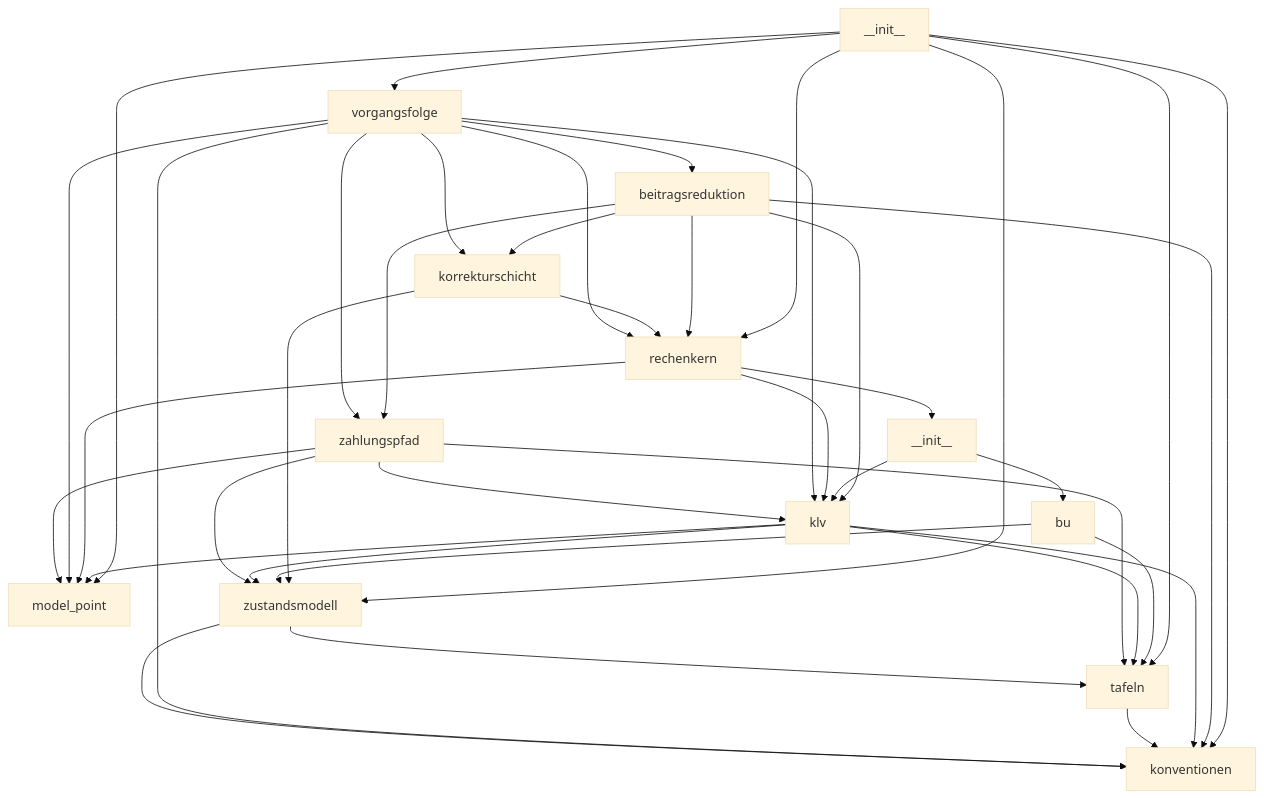
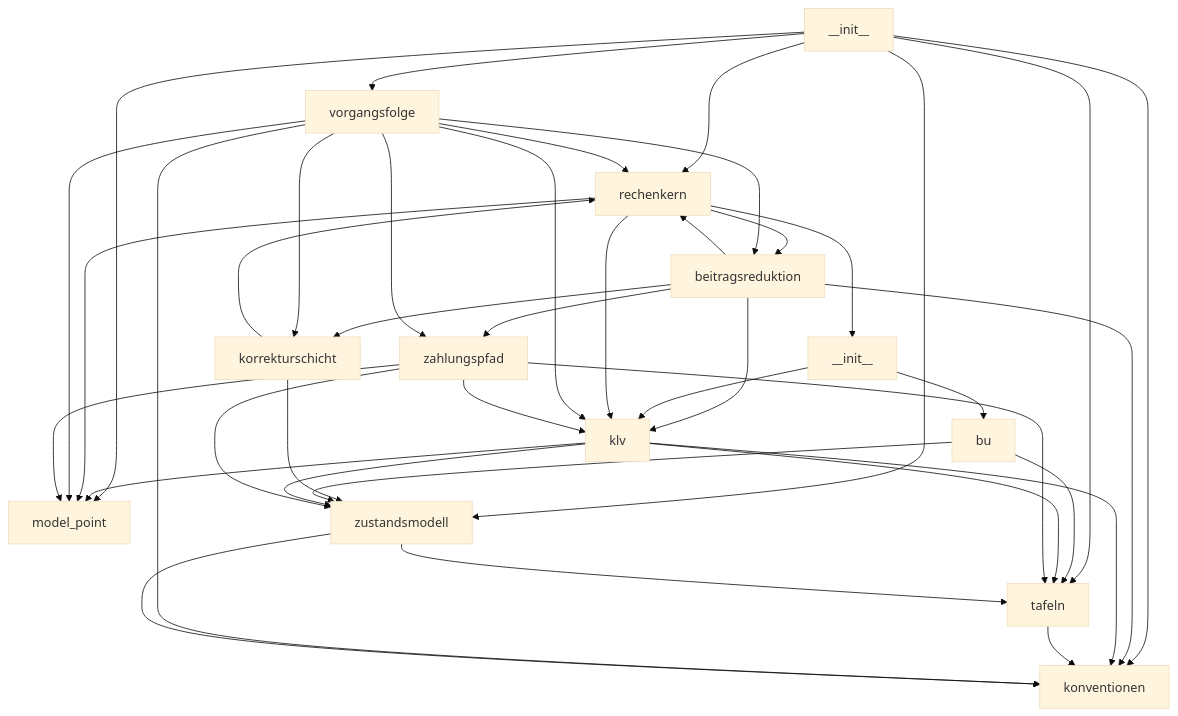
The third of 3 diagrams in docs/architektur/landkarte.md (bartlmac/rechner-pipeline), drawn with Mermaid (base theme) before and after one commit. The commit also changed other lines of this file and 43 other files, not shown here.

````diff
--- a/docs/architektur/landkarte.md
+++ b/docs/architektur/landkarte.md
@@ -109,55 +109,56 @@
 ```mermaid
 %% kern — erzeugt von ontologie.landkarte
 flowchart TD
     rechner_pipeline_kern___init___py["__init__"]
     rechner_pipeline_kern_beitragsreduktion_py["beitragsreduktion"]
     rechner_pipeline_kern_konventionen_py["konventionen"]
     rechner_pipeline_kern_korrekturschicht_py["korrekturschicht"]
     rechner_pipeline_kern_model_point_py["model_point"]
     rechner_pipeline_kern_produkte___init___py["__init__"]
     rechner_pipeline_kern_produkte_bu_py["bu"]
     rechner_pipeline_kern_produkte_klv_py["klv"]
     rechner_pipeline_kern_rechenkern_py["rechenkern"]
     rechner_pipeline_kern_tafeln_py["tafeln"]
     rechner_pipeline_kern_vorgangsfolge_py["vorgangsfolge"]
     rechner_pipeline_kern_zahlungspfad_py["zahlungspfad"]
     rechner_pipeline_kern_zustandsmodell_py["zustandsmodell"]
     rechner_pipeline_kern___init___py --> rechner_pipeline_kern_konventionen_py
     rechner_pipeline_kern___init___py --> rechner_pipeline_kern_model_point_py
     rechner_pipeline_kern___init___py --> rechner_pipeline_kern_rechenkern_py
     rechner_pipeline_kern___init___py --> rechner_pipeline_kern_tafeln_py
     rechner_pipeline_kern___init___py --> rechner_pipeline_kern_vorgangsfolge_py
     rechner_pipeline_kern___init___py --> rechner_pipeline_kern_zustandsmodell_py
     rechner_pipeline_kern_beitragsreduktion_py --> rechner_pipeline_kern_konventionen_py
     rechner_pipeline_kern_beitragsreduktion_py --> rechner_pipeline_kern_korrekturschicht_py
     rechner_pipeline_kern_beitragsreduktion_py --> rechner_pipeline_kern_produkte_klv_py
     rechner_pipeline_kern_beitragsreduktion_py --> rechner_pipeline_kern_rechenkern_py
     rechner_pipeline_kern_beitragsreduktion_py --> rechner_pipeline_kern_zahlungspfad_py
     rechner_pipeline_kern_korrekturschicht_py --> rechner_pipeline_kern_rechenkern_py
     rechner_pipeline_kern_korrekturschicht_py --> rechner_pipeline_kern_zustandsmodell_py
     rechner_pipeline_kern_produkte___init___py --> rechner_pipeline_kern_produkte_bu_py
     rechner_pipeline_kern_produkte___init___py --> rechner_pipeline_kern_produkte_klv_py
     rechner_pipeline_kern_produkte_bu_py --> rechner_pipeline_kern_tafeln_py
     rechner_pipeline_kern_produkte_bu_py --> rechner_pipeline_kern_zustandsmodell_py
     rechner_pipeline_kern_produkte_klv_py --> rechner_pipeline_kern_konventionen_py
     rechner_pipeline_kern_produkte_klv_py --> rechner_pipeline_kern_model_point_py
     rechner_pipeline_kern_produkte_klv_py --> rechner_pipeline_kern_tafeln_py
     rechner_pipeline_kern_produkte_klv_py --> rechner_pipeline_kern_zustandsmodell_py
+    rechner_pipeline_kern_rechenkern_py --> rechner_pipeline_kern_beitragsreduktion_py
     rechner_pipeline_kern_rechenkern_py --> rechner_pipeline_kern_model_point_py
     rechner_pipeline_kern_rechenkern_py --> rechner_pipeline_kern_produkte___init___py
     rechner_pipeline_kern_rechenkern_py --> rechner_pipeline_kern_produkte_klv_py
     rechner_pipeline_kern_tafeln_py --> rechner_pipeline_kern_konventionen_py
     rechner_pipeline_kern_vorgangsfolge_py --> rechner_pipeline_kern_beitragsreduktion_py
     rechner_pipeline_kern_vorgangsfolge_py --> rechner_pipeline_kern_konventionen_py
     rechner_pipeline_kern_vorgangsfolge_py --> rechner_pipeline_kern_korrekturschicht_py
     rechner_pipeline_kern_vorgangsfolge_py --> rechner_pipeline_kern_model_point_py
     rechner_pipeline_kern_vorgangsfolge_py --> rechner_pipeline_kern_produkte_klv_py
     rechner_pipeline_kern_vorgangsfolge_py --> rechner_pipeline_kern_rechenkern_py
     rechner_pipeline_kern_vorgangsfolge_py --> rechner_pipeline_kern_zahlungspfad_py
     rechner_pipeline_kern_zahlungspfad_py --> rechner_pipeline_kern_model_point_py
     rechner_pipeline_kern_zahlungspfad_py --> rechner_pipeline_kern_produkte_klv_py
     rechner_pipeline_kern_zahlungspfad_py --> rechner_pipeline_kern_tafeln_py
     rechner_pipeline_kern_zahlungspfad_py --> rechner_pipeline_kern_zustandsmodell_py
     rechner_pipeline_kern_zustandsmodell_py --> rechner_pipeline_kern_konventionen_py
     rechner_pipeline_kern_zustandsmodell_py --> rechner_pipeline_kern_tafeln_py
 ```
````
